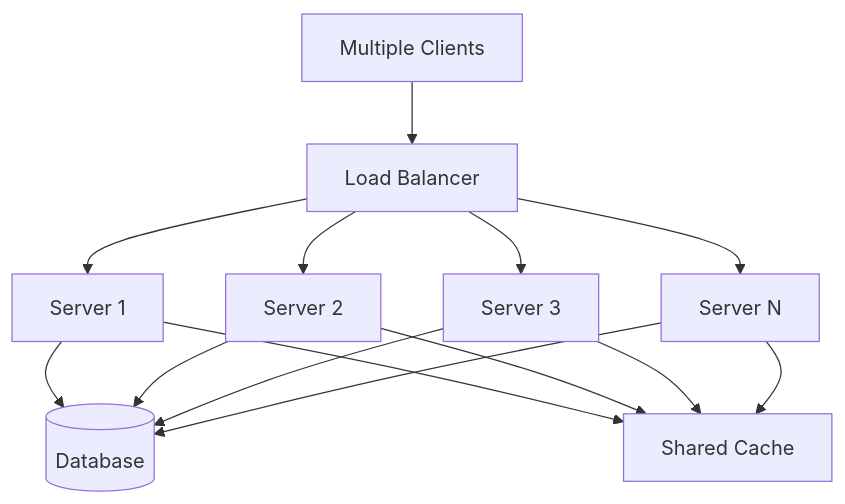
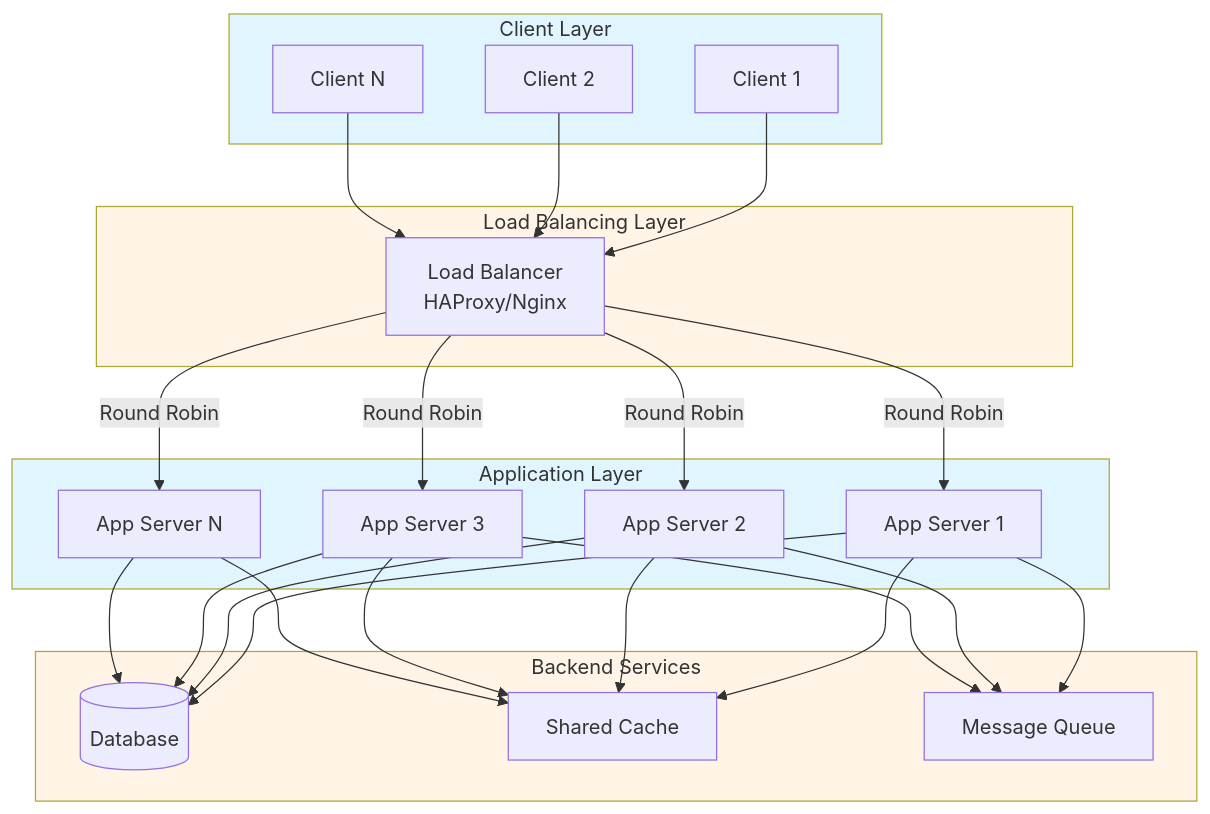
Before and after one commit to iouthnamain/tech-note: the sixth of 16 diagrams in Developer-Guides/SYSTEM_DESIGN_GUIDE_COMPREHENSIVE.md, drawn with Mermaid. The commit also changed other lines of this file and 68 other files, not shown here.

````diff
--- a/Developer-Guides/SYSTEM_DESIGN_GUIDE_COMPREHENSIVE.md
+++ b/Developer-Guides/SYSTEM_DESIGN_GUIDE_COMPREHENSIVE.md
@@ -741,19 +964,53 @@
 ```mermaid
 graph TB
-    Clients[Multiple Clients] --> LoadBalancer[Load Balancer]
+    subgraph Clients[Client Layer]
+        Client1[Client 1]
+        Client2[Client 2]
+        ClientN[Client N]
+    end
     
-    LoadBalancer --> Server1[Server 1]
-    LoadBalancer --> Server2[Server 2]
-    LoadBalancer --> Server3[Server 3]
-    LoadBalancer --> ServerN[Server N]
+    subgraph LoadBalancing[Load Balancing Layer]
+        LB[Load Balancer<br/>HAProxy/Nginx]
+    end
     
-    Server1 --> Database[(Database)]
-    Server2 --> Database
-    Server3 --> Database
-    ServerN --> Database
+    subgraph Application[Application Layer]
+        App1[App Server 1]
+        App2[App Server 2]
+        App3[App Server 3]
+        AppN[App Server N]
+    end
     
-    Server1 --> Cache[Shared Cache]
-    Server2 --> Cache
-    Server3 --> Cache
-    ServerN --> Cache
+    subgraph Backend[Backend Services]
+        Database[(Database)]
+        Cache[Shared Cache]
+        Queue[Message Queue]
+    end
+    
+    Client1 --> LB
+    Client2 --> LB
+    ClientN --> LB
+    
+    LB -->|Round Robin| App1
+    LB -->|Round Robin| App2
+    LB -->|Round Robin| App3
+    LB -->|Round Robin| AppN
+    
+    App1 --> Database
+    App2 --> Database
+    App3 --> Database
+    AppN --> Database
+    
+    App1 --> Cache
+    App2 --> Cache
+    App3 --> Cache
+    AppN --> Cache
+    
+    App1 --> Queue
+    App2 --> Queue
+    App3 --> Queue
+    
+    style Clients fill:#e1f5ff
+    style LoadBalancing fill:#fff4e6
+    style Application fill:#e1f5ff
+    style Backend fill:#fff4e6
 ```
````
